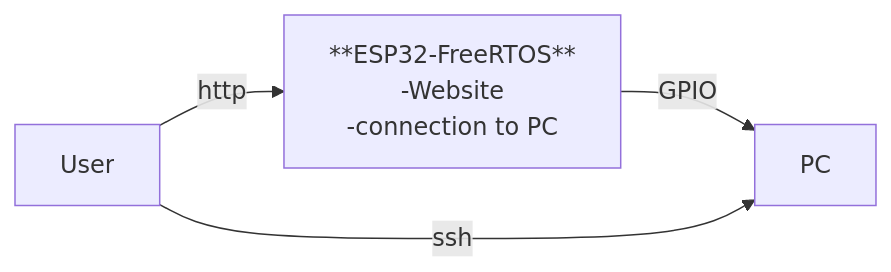
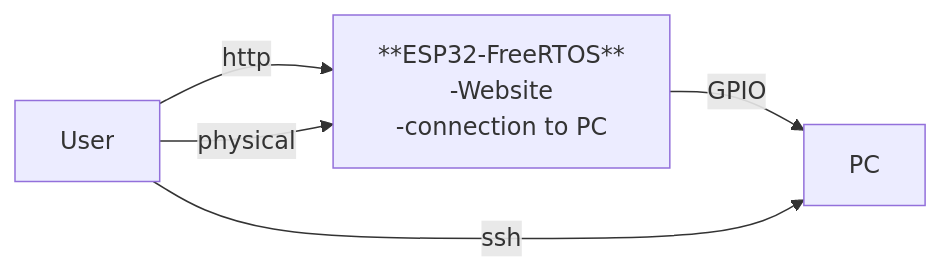
The first of 2 diagrams in doc/README.md (cbwhickstein/power_over_wifi), drawn with Mermaid before and after one commit. The commit also changed other lines of this file and 17 other files, not shown here.

Commit message:
created schematic

````diff
--- a/doc/README.md
+++ b/doc/README.md
@@ -8,6 +8,7 @@
 ```mermaid
 graph LR;
     user[User] --> |http| mcu[**ESP32-FreeRTOS** <br> -Website <br> -connection to PC];
+    user --> |physical| mcu
     mcu --> |GPIO| PC;
     user --> |ssh| PC;
 ```
````
